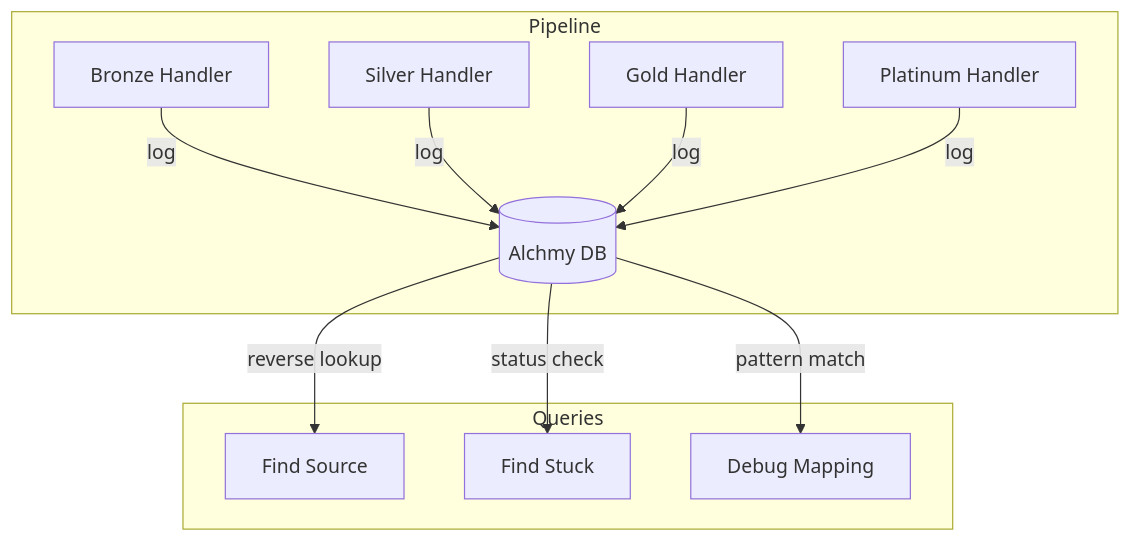
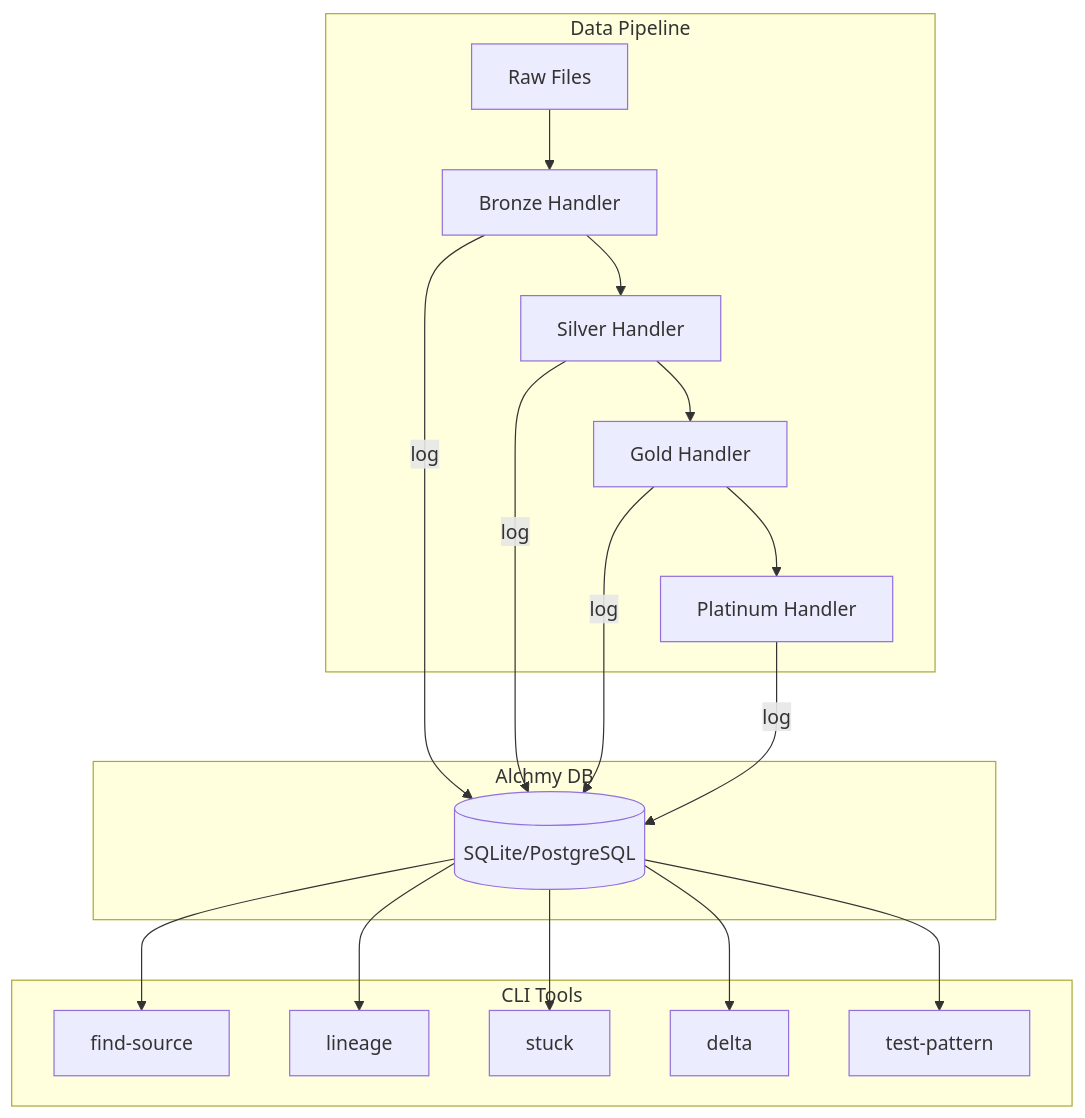
The fifth of 5 diagrams in docs/ideas/alchmy-db.md (ThanuMahee12/AgentContext), drawn with Mermaid before and after one commit. The commit also changed other lines of this file, not shown here.

Commit message:
docs: add comprehensive mermaid diagrams to alchmy-db schema

````diff
--- a/docs/ideas/alchmy-db.md
+++ b/docs/ideas/alchmy-db.md
@@ -214,15 +580,24 @@
 ```mermaid
 graph TD
-    subgraph Pipeline
-        B[Bronze Handler] -->|log| DB[(Alchmy DB)]
-        S[Silver Handler] -->|log| DB
-        G[Gold Handler] -->|log| DB
-        P[Platinum Handler] -->|log| DB
+    subgraph Data Pipeline
+        RAW[Raw Files] --> B[Bronze Handler]
+        B --> S[Silver Handler]
+        S --> G[Gold Handler]
+        G --> P[Platinum Handler]
     end
 
-    subgraph Queries
-        DB -->|reverse lookup| Q1[Find Source]
-        DB -->|status check| Q2[Find Stuck]
-        DB -->|pattern match| Q3[Debug Mapping]
+    subgraph Alchmy DB
+        B -->|log| DB[(SQLite/PostgreSQL)]
+        S -->|log| DB
+        G -->|log| DB
+        P -->|log| DB
+    end
+
+    subgraph CLI Tools
+        DB --> Q1[find-source]
+        DB --> Q2[lineage]
+        DB --> Q3[stuck]
+        DB --> Q4[delta]
+        DB --> Q5[test-pattern]
     end
 ```
````
